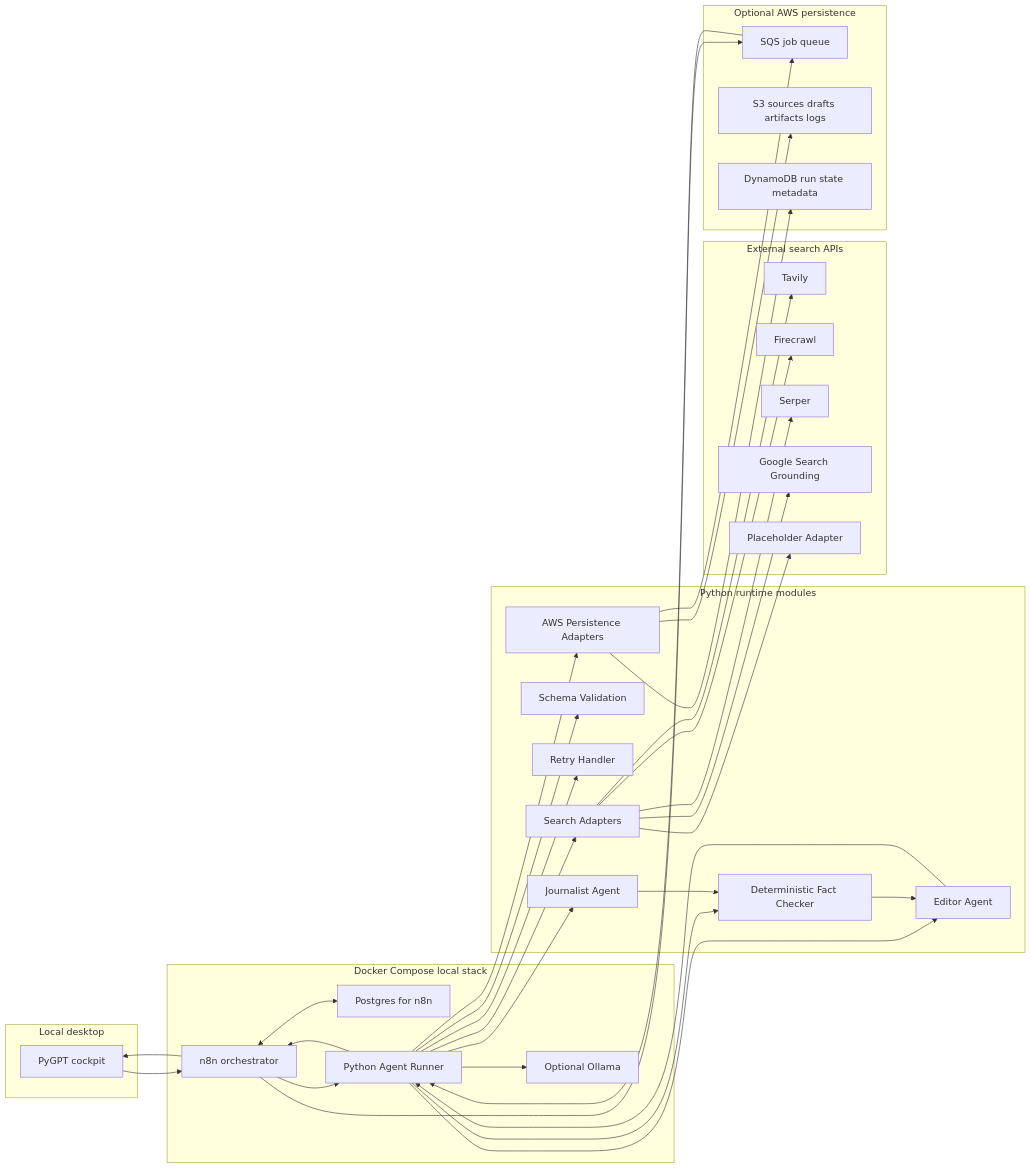
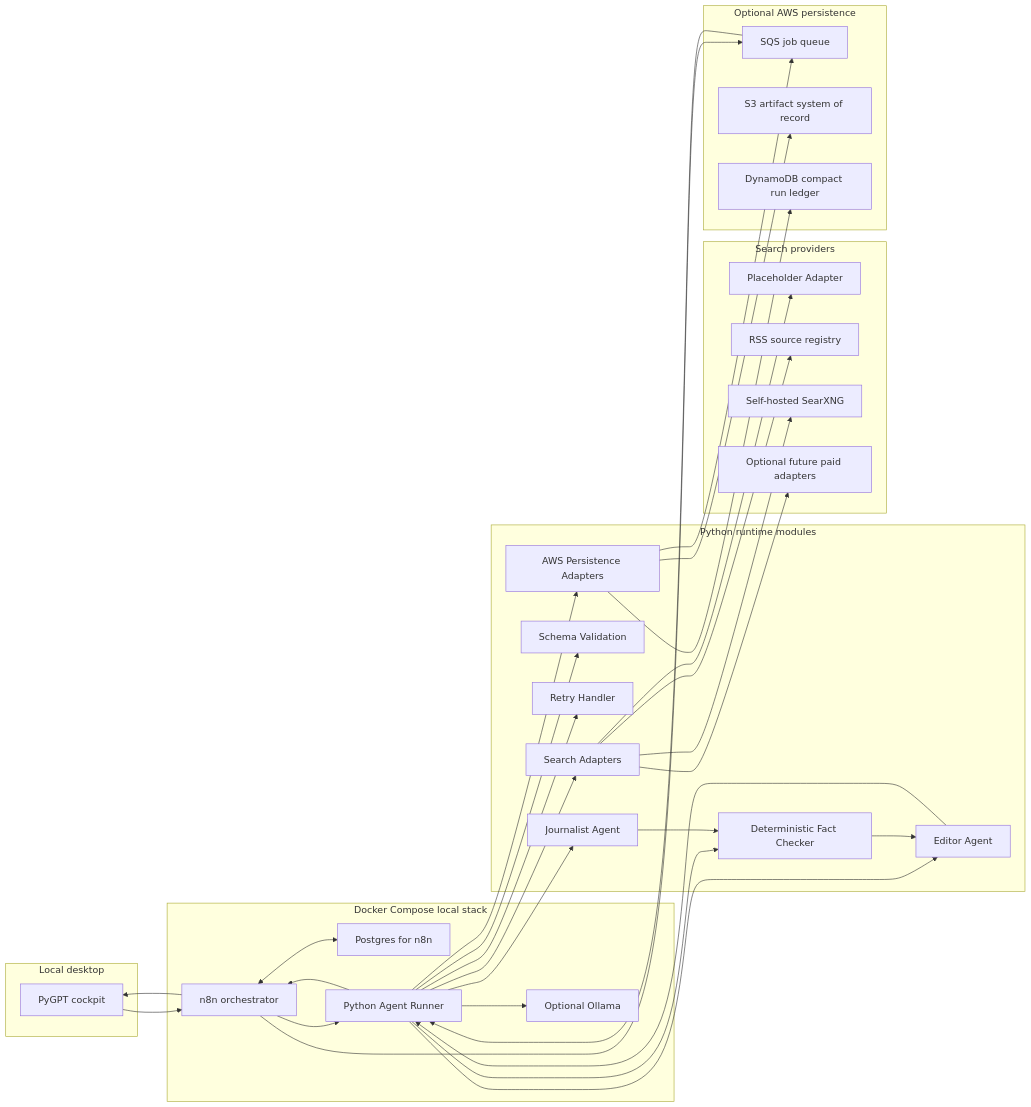
The diagram in docs/architecture/diagrams/technical-view.mmd (garrettds11/agentic-newsroom), drawn with Mermaid before and after one commit. The commit also changed 9 other files, not shown here.

```diff
--- a/docs/architecture/diagrams/technical-view.mmd
+++ b/docs/architecture/diagrams/technical-view.mmd
@@ -1,66 +1,64 @@
 flowchart LR
     subgraph Desktop["Local desktop"]
         PyGPT["PyGPT cockpit"]
     end
 
     subgraph Docker["Docker Compose local stack"]
         N8N["n8n orchestrator"]
         Postgres["Postgres for n8n"]
         Runner["Python Agent Runner"]
         Ollama["Optional Ollama"]
     end
 
     subgraph Runtime["Python runtime modules"]
         Journalist["Journalist Agent"]
         Editor["Editor Agent"]
         FactChecker["Deterministic Fact Checker"]
         Schemas["Schema Validation"]
         Retries["Retry Handler"]
         SearchAdapters["Search Adapters"]
         AwsAdapters["AWS Persistence Adapters"]
     end
 
-    subgraph Search["External search APIs"]
-        Tavily["Tavily"]
-        Firecrawl["Firecrawl"]
-        Serper["Serper"]
-        GoogleGrounding["Google Search Grounding"]
+    subgraph Search["Search providers"]
         Placeholder["Placeholder Adapter"]
+        RSS["RSS source registry"]
+        SearXNG["Self-hosted SearXNG"]
+        FuturePaid["Optional future paid adapters"]
     end
 
     subgraph AWS["Optional AWS persistence"]
         SQS["SQS job queue"]
-        S3["S3 sources drafts artifacts logs"]
-        DynamoDB["DynamoDB run state metadata"]
+        S3["S3 artifact system of record"]
+        DynamoDB["DynamoDB compact run ledger"]
     end
 
     PyGPT --> N8N
     N8N <--> Postgres
     N8N --> Runner
     N8N --> SQS
     SQS --> Runner
 
     Runner --> Journalist
     Runner --> Editor
     Runner --> FactChecker
     Runner --> Schemas
     Runner --> Retries
     Runner --> SearchAdapters
     Runner --> AwsAdapters
     Runner --> Ollama
 
-    SearchAdapters --> Tavily
-    SearchAdapters --> Firecrawl
-    SearchAdapters --> Serper
-    SearchAdapters --> GoogleGrounding
     SearchAdapters --> Placeholder
+    SearchAdapters --> RSS
+    SearchAdapters --> SearXNG
+    SearchAdapters --> FuturePaid
 
     AwsAdapters --> SQS
     AwsAdapters --> S3
     AwsAdapters --> DynamoDB
 
     Journalist --> FactChecker
     FactChecker --> Editor
     Editor --> Runner
     Runner --> N8N
     N8N --> PyGPT
```
